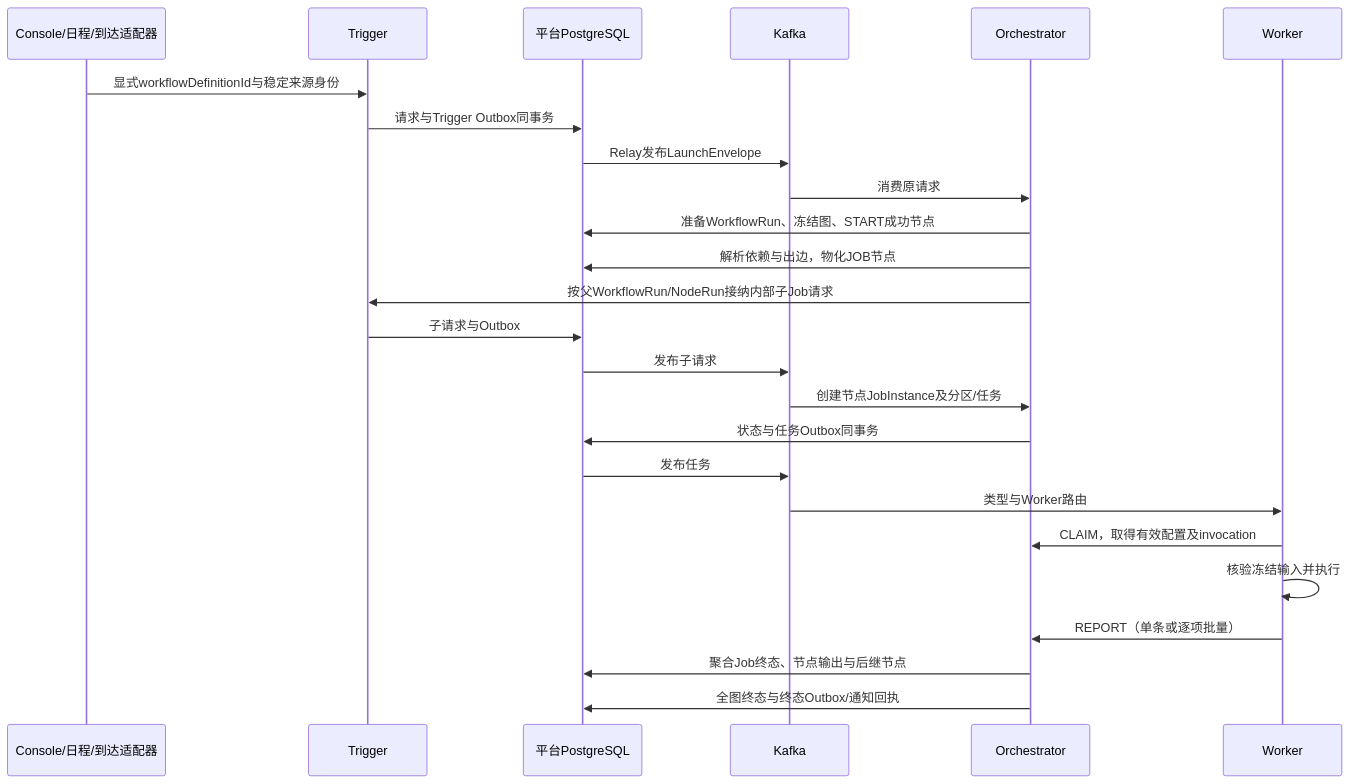
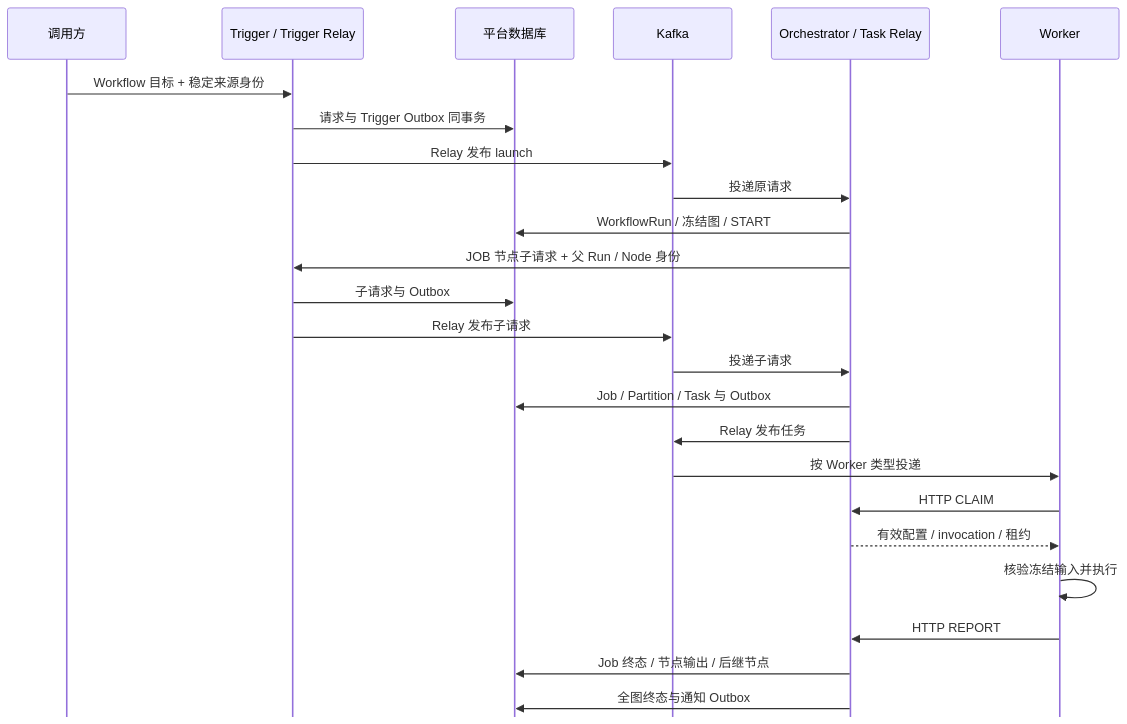
One commit to pinpols/file-batch-system changed the third of 6 diagrams in docs/architecture/workflow-dependency-guide.md. Above: the diagram before and after it, drawn with Mermaid. The commit also changed other lines of this file and 2792 other files, not shown here.

````diff
--- a/docs/architecture/workflow-dependency-guide.md
+++ b/docs/architecture/workflow-dependency-guide.md
@@ -108,27 +108,28 @@
 ```mermaid
+%%{init: {"flowchart":{"curve":"linear","nodeSpacing":32,"rankSpacing":48},"sequence":{"mirrorActors":false}}}%%
 sequenceDiagram
-  participant Caller as Console/日程/到达适配器
-  participant Trigger
-  participant DB as 平台PostgreSQL
-  participant Kafka
-  participant Orch as Orchestrator
-  participant Worker
-  Caller->>Trigger: 显式workflowDefinitionId与稳定来源身份
-  Trigger->>DB: 请求与Trigger Outbox同事务
-  DB->>Kafka: Relay发布LaunchEnvelope
-  Kafka->>Orch: 消费原请求
-  Orch->>DB: 准备WorkflowRun、冻结图、START成功节点
-  Orch->>DB: 解析依赖与出边，物化JOB节点
-  Orch->>Trigger: 按父WorkflowRun/NodeRun接纳内部子Job请求
-  Trigger->>DB: 子请求与Outbox
-  DB->>Kafka: 发布子请求
-  Kafka->>Orch: 创建节点JobInstance及分区/任务
-  Orch->>DB: 状态与任务Outbox同事务
-  DB->>Kafka: 发布任务
-  Kafka->>Worker: 类型与Worker路由
-  Worker->>Orch: CLAIM，取得有效配置及invocation
-  Worker->>Worker: 核验冻结输入并执行
-  Worker->>Orch: REPORT（单条或逐项批量）
-  Orch->>DB: 聚合Job终态、节点输出与后继节点
-  Orch->>DB: 全图终态与终态Outbox/通知回执
+  participant C as 调用方
+  participant T as Trigger / Trigger Relay
+  participant DB as 平台数据库
+  participant K as Kafka
+  participant O as Orchestrator / Task Relay
+  participant W as Worker
+  C->>T: Workflow 目标 + 稳定来源身份
+  T->>DB: 请求与 Trigger Outbox 同事务
+  T->>K: Relay 发布 launch
+  K->>O: 投递原请求
+  O->>DB: WorkflowRun / 冻结图 / START
+  O->>T: JOB 节点子请求 + 父 Run / Node 身份
+  T->>DB: 子请求与 Outbox
+  T->>K: Relay 发布子请求
+  K->>O: 投递子请求
+  O->>DB: Job / Partition / Task 与 Outbox
+  O->>K: Relay 发布任务
+  K->>W: 按 Worker 类型投递
+  W->>O: HTTP CLAIM
+  O-->>W: 有效配置 / invocation / 租约
+  W->>W: 核验冻结输入并执行
+  W->>O: HTTP REPORT
+  O->>DB: Job 终态 / 节点输出 / 后继节点
+  O->>DB: 全图终态与通知 Outbox
 ```
````
